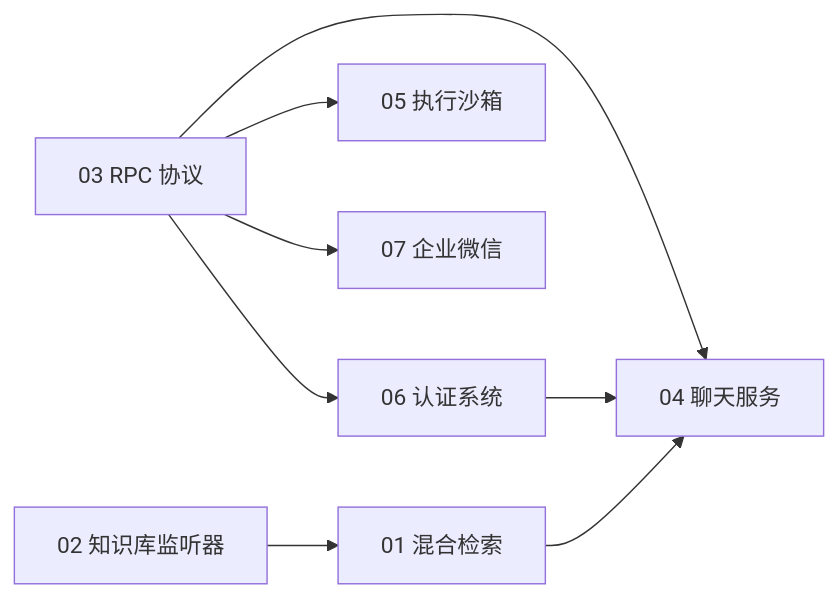
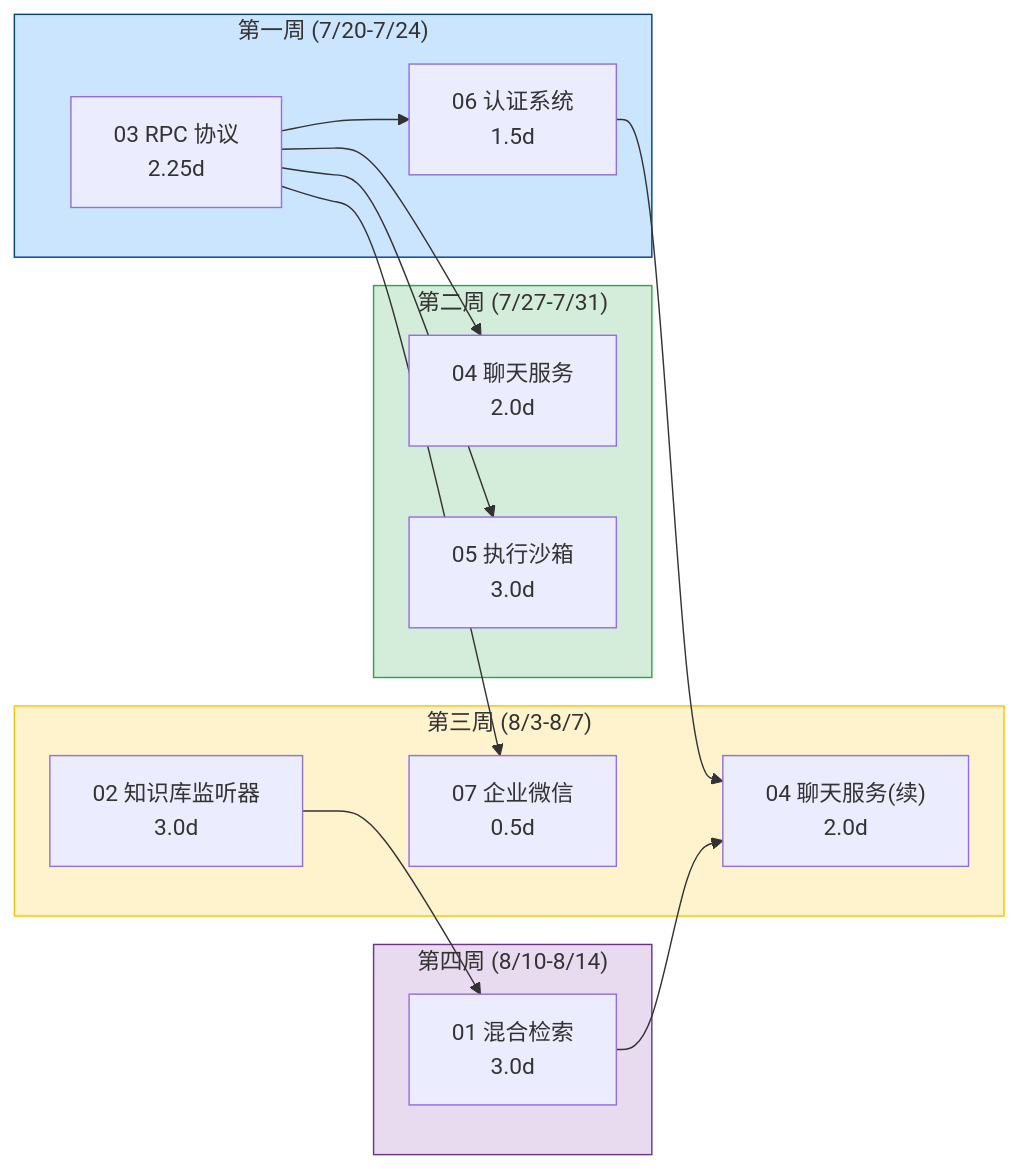
One commit to effiy/YrY changed the second of 3 diagrams in YiKnowledge/projects/yiai/devs/2026-07/00-prd-task-00-需求总览.md. Above: the diagram before and after it, drawn with Mermaid. The commit also changed other lines of this file and 4958 other files, not shown here.

````diff
--- a/YiKnowledge/projects/yiai/devs/2026-07/00-prd-task-00-需求总览.md
+++ b/YiKnowledge/projects/yiai/devs/2026-07/00-prd-task-00-需求总览.md
@@ -75,10 +259,32 @@
 ```mermaid
 flowchart LR
-  RPC["03 RPC 协议"] --> CHAT["04 聊天服务"]
-  RPC --> EXEC["05 执行沙箱"]
-  RPC --> WEWORK["07 企业微信"]
-  RPC --> AUTH["06 认证系统"]
-  WATCH["02 知识库监听器"] --> RAG["01 混合检索"]
-  RAG --> CHAT
-  AUTH --> CHAT
+  subgraph WEEK1["第一周 (7/20-7/24)"]
+    RPC["03 RPC 协议<br/>2.25d"]
+    AUTH["06 认证系统<br/>1.5d"]
+  end
+  subgraph WEEK2["第二周 (7/27-7/31)"]
+    CHAT["04 聊天服务<br/>2.0d"]
+    EXEC["05 执行沙箱<br/>3.0d"]
+  end
+  subgraph WEEK3["第三周 (8/3-8/7)"]
+    WATCH["02 知识库监听器<br/>3.0d"]
+    CHAT2["04 聊天服务(续)<br/>2.0d"]
+    WEWORK["07 企业微信<br/>0.5d"]
+  end
+  subgraph WEEK4["第四周 (8/10-8/14)"]
+    RAG["01 混合检索<br/>3.0d"]
+  end
+
+  RPC --> CHAT
+  RPC --> EXEC
+  RPC --> WEWORK
+  RPC --> AUTH
+  WATCH --> RAG
+  RAG --> CHAT2
+  AUTH --> CHAT2
+
+  style WEEK1 fill:#cce5ff,stroke:#004085
+  style WEEK2 fill:#d4edda,stroke:#28a745
+  style WEEK3 fill:#fff3cd,stroke:#ffc107
+  style WEEK4 fill:#e8daef,stroke:#6c3483
 ```
````
